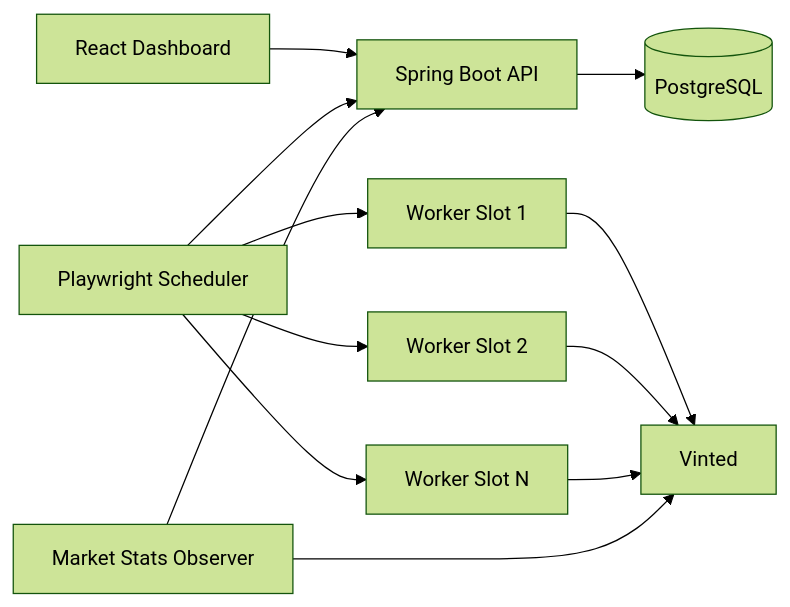
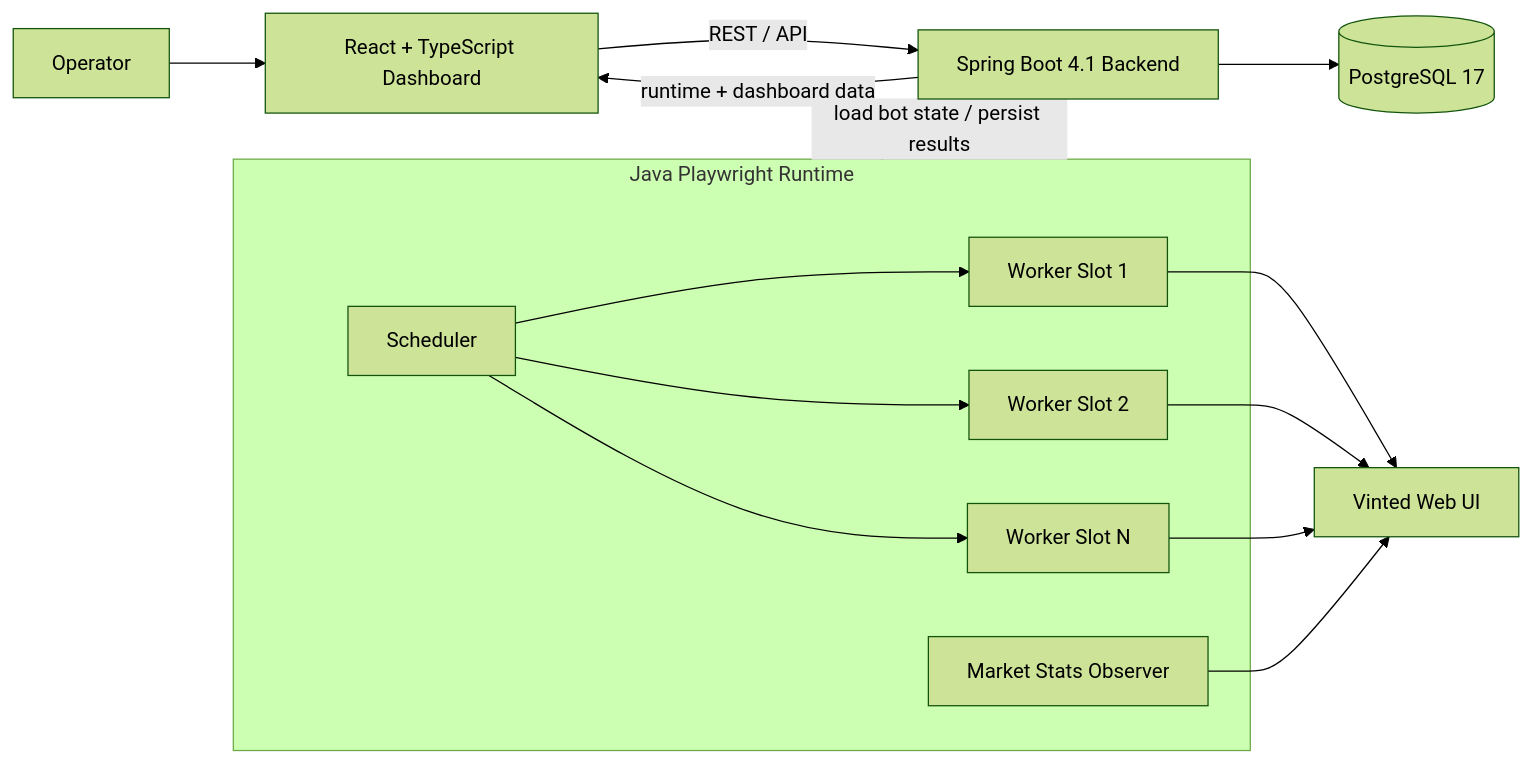
One commit to jedreekPrograms/FlipBot changed the diagram in README.md. Above: the diagram before and after it, drawn with Mermaid (forest theme). The commit also changed other lines of this file, not shown here.

First line of the commit message:
docs: polish README and embed FlipBot demo (#127)

````diff
--- a/README.md
+++ b/README.md
@@ -154,17 +81,26 @@
 ```mermaid
 flowchart LR
-    UI[React Dashboard] --> API[Spring Boot API]
-    API --> DB[(PostgreSQL)]
+    USER[Operator] --> UI[React + TypeScript Dashboard]
+    UI -->|REST / API| API[Spring Boot 4.1 Backend]
+    API --> DB[(PostgreSQL 17)]
 
-    PW[Playwright Scheduler] --> API
-    PW --> W1[Worker Slot 1]
-    PW --> W2[Worker Slot 2]
-    PW --> WN[Worker Slot N]
+    subgraph PW[Java Playwright Runtime]
+        SCHED[Scheduler]
+        W1[Worker Slot 1]
+        W2[Worker Slot 2]
+        WN[Worker Slot N]
+        OBS[Market Stats Observer]
 
-    W1 --> V[Vinted]
+        SCHED --> W1
+        SCHED --> W2
+        SCHED --> WN
+    end
+
+    PW -->|load bot state / persist results| API
+    W1 --> V[Vinted Web UI]
     W2 --> V
     WN --> V
+    OBS --> V
 
-    OBS[Market Stats Observer] --> API
-    OBS --> V
+    API -->|runtime + dashboard data| UI
 ```
````
